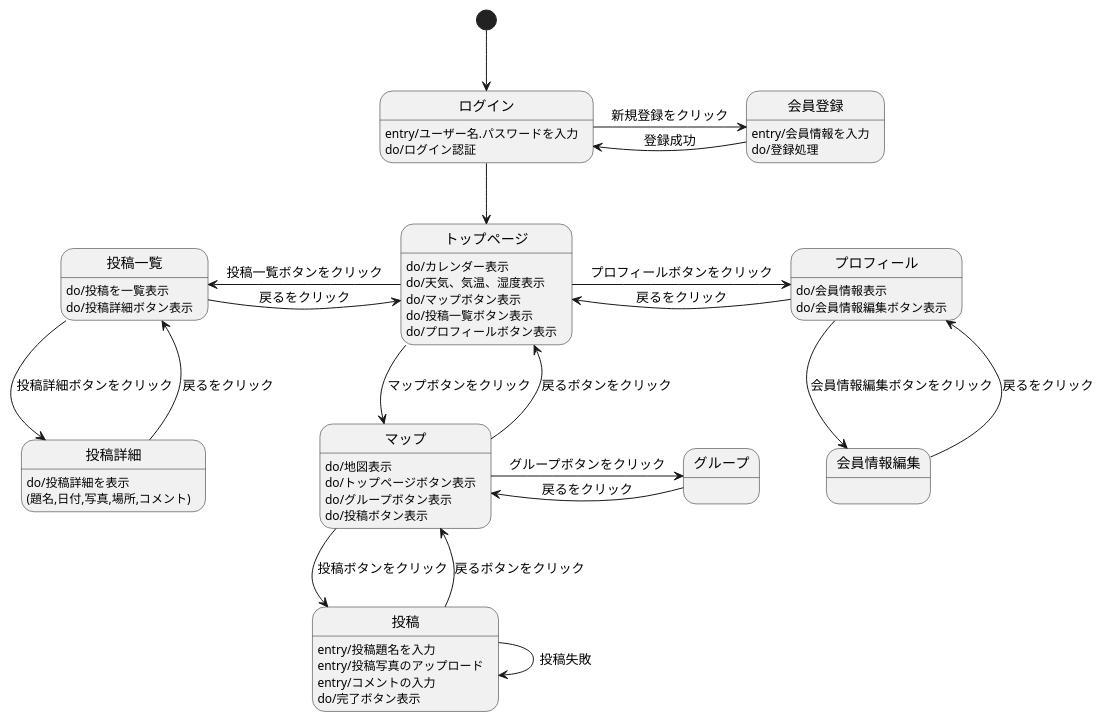
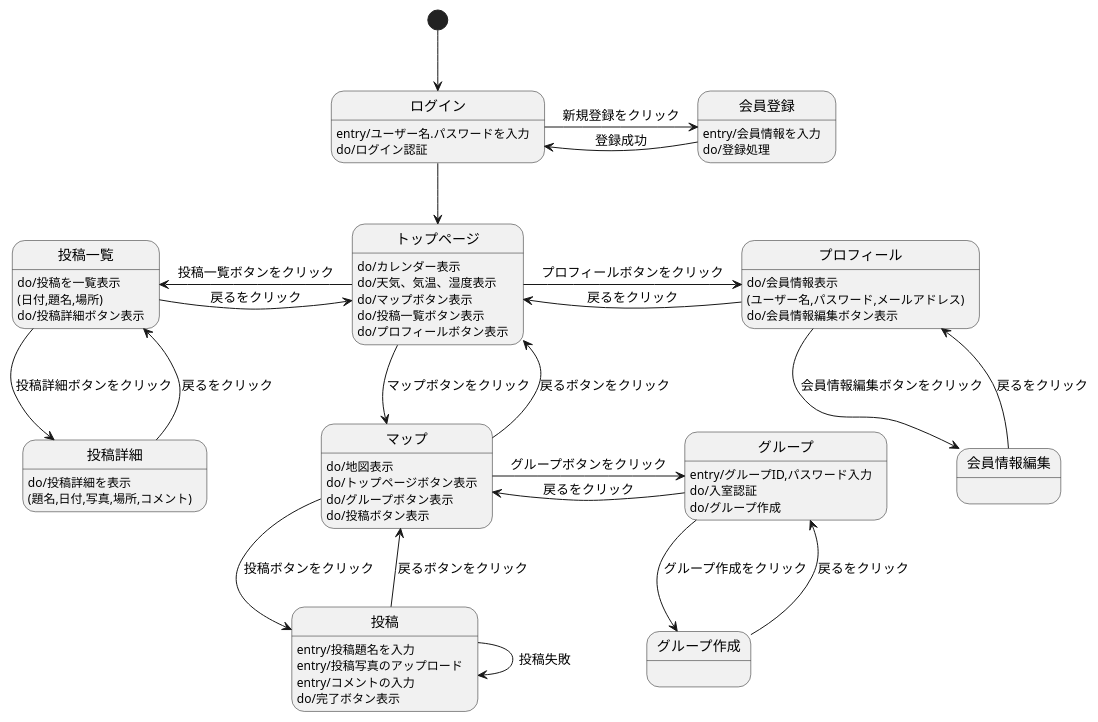
One commit to Aso2001031/System4_ver2.0 changed the diagram in 03_画面遷移図/画面遷移図.md. Above: the diagram before and after it, drawn with PlantUML.

````diff
--- a/03_画面遷移図/画面遷移図.md
+++ b/03_画面遷移図/画面遷移図.md
@@ -1,61 +1,68 @@
 ```uml
 @startuml
 
 [*] -down-> ログイン
 
 ログイン -down-> トップページ
 ログイン : entry/ユーザー名.パスワードを入力 
 ログイン : do/ログイン認証 
 ログイン -> 会員登録 : 新規登録をクリック
 
 会員登録 -> ログイン : 登録成功
 会員登録 : entry/会員情報を入力 
 会員登録 : do/登録処理
 
 トップページ : do/カレンダー表示
 トップページ : do/天気、気温、湿度表示
 トップページ : do/マップボタン表示
 トップページ : do/投稿一覧ボタン表示
 トップページ : do/プロフィールボタン表示
 トップページ -down-> マップ : マップボタンをクリック
 トップページ -left-> 投稿一覧 : 投稿一覧ボタンをクリック
 トップページ -right-> プロフィール :プロフィールボタンをクリック
 
 マップ -up-> トップページ : 戻るボタンをクリック
 マップ : do/地図表示
 マップ : do/トップページボタン表示
 マップ : do/グループボタン表示
 マップ : do/投稿ボタン表示
 マップ -down-> 投稿 : 投稿ボタンをクリック
 マップ -right-> グループ : グループボタンをクリック
 
 投稿一覧 -right-> トップページ : 戻るをクリック
 投稿一覧 : do/投稿を一覧表示
+投稿一覧 : (日付,題名,場所)
 投稿一覧 : do/投稿詳細ボタン表示
 投稿一覧 -down-> 投稿詳細 : 投稿詳細ボタンをクリック
 
-
 プロフィール -left-> トップページ : 戻るをクリック
 プロフィール : do/会員情報表示
+プロフィール : (ユーザー名,パスワード,メールアドレス)
 プロフィール : do/会員情報編集ボタン表示
 プロフィール -down-> 会員情報編集 : 会員情報編集ボタンをクリック
 
 投稿 -up-> マップ : 戻るボタンをクリック
 投稿 : entry/投稿題名を入力
 投稿 : entry/投稿写真のアップロード
 投稿 : entry/コメントの入力
 投稿 : do/完了ボタン表示
 投稿 -down-> 投稿 : 投稿失敗
 
 グループ -left-> マップ : 戻るをクリック 
-グループ : 
+グループ : entry/グループID,パスワード入力
+グループ : do/入室認証
+グループ : do/グループ作成
+グループ --> グループ作成 : グループ作成をクリック
 
 投稿詳細 -up-> 投稿一覧 : 戻るをクリック
 投稿詳細 : do/投稿詳細を表示
 投稿詳細 : (題名,日付,写真,場所,コメント)
 
 会員情報編集 -up-> プロフィール : 戻るをクリック
 会員情報編集 : 
 
+グループ作成 --> グループ : 戻るをクリック
+グループ作成 : 
+
 @enduml
 ```
````
